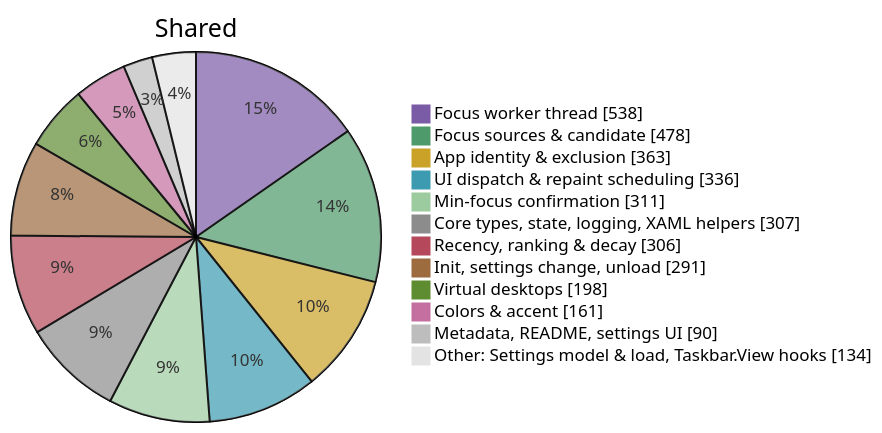
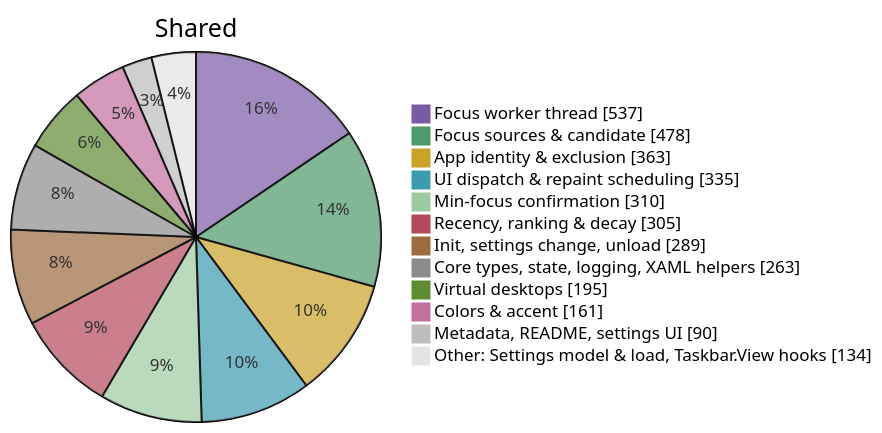
The fourth of 5 diagrams in doc/code/code-breakdown.md (jvlasek/taskbar-recent-focus-highlight), drawn with Mermaid before and after one commit. The commit also changed other lines of this file and 24 other files, not shown here.

````diff
--- a/doc/code/code-breakdown.md
+++ b/doc/code/code-breakdown.md
@@ -134,16 +134,16 @@
 ```mermaid
-%%{init: {"themeVariables": {"pie1": "#7A5BA6", "pie2": "#4E9A6A", "pie3": "#C9A227", "pie4": "#3C9BB0", "pie5": "#9CCB9F", "pie6": "#8C8C8C", "pie7": "#B5495B", "pie8": "#9C6B3E", "pie9": "#5E8C31", "pie10": "#C46FA0", "pie11": "#BDBDBD", "pie12": "#E3E3E3", "pieOuterStrokeWidth": "1px"}}}%%
+%%{init: {"themeVariables": {"pie1": "#7A5BA6", "pie2": "#4E9A6A", "pie3": "#C9A227", "pie4": "#3C9BB0", "pie5": "#9CCB9F", "pie6": "#B5495B", "pie7": "#9C6B3E", "pie8": "#8C8C8C", "pie9": "#5E8C31", "pie10": "#C46FA0", "pie11": "#BDBDBD", "pie12": "#E3E3E3", "pieOuterStrokeWidth": "1px"}}}%%
 pie showData title Shared
-    "Focus worker thread" : 538
+    "Focus worker thread" : 537
     "Focus sources & candidate" : 478
     "App identity & exclusion" : 363
-    "UI dispatch & repaint scheduling" : 336
-    "Min-focus confirmation" : 311
-    "Core types, state, logging, XAML helpers" : 307
-    "Recency, ranking & decay" : 306
-    "Init, settings change, unload" : 291
-    "Virtual desktops" : 198
+    "UI dispatch & repaint scheduling" : 335
+    "Min-focus confirmation" : 310
+    "Recency, ranking & decay" : 305
+    "Init, settings change, unload" : 289
+    "Core types, state, logging, XAML helpers" : 263
+    "Virtual desktops" : 195
     "Colors & accent" : 161
     "Metadata, README, settings UI" : 90
     "Other: Settings model & load, Taskbar.View hooks" : 134
 ```
````
